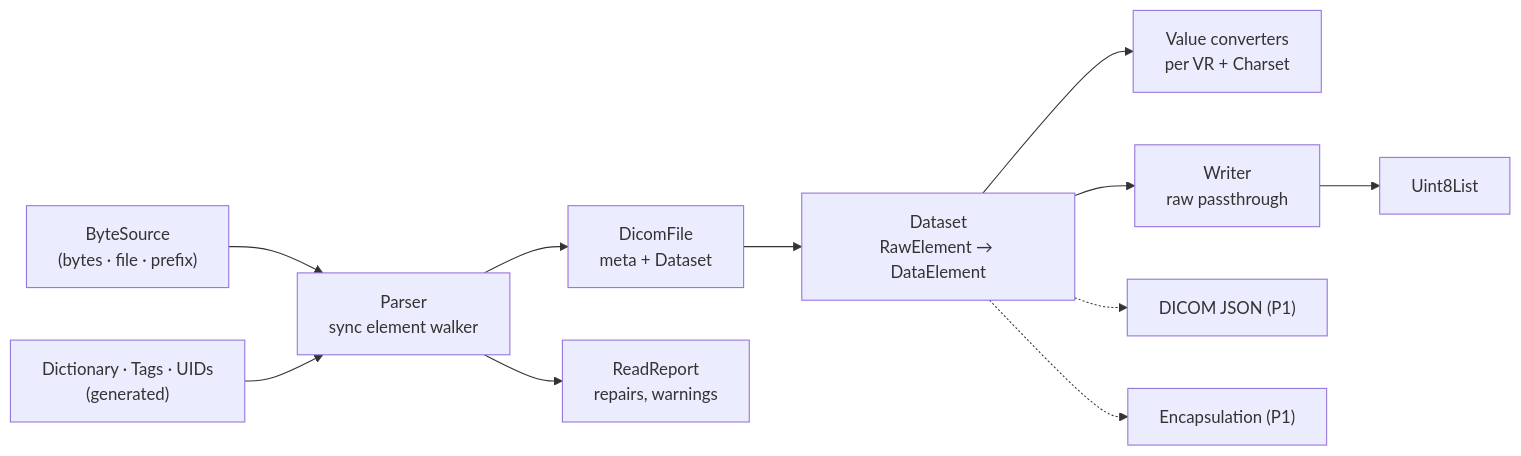
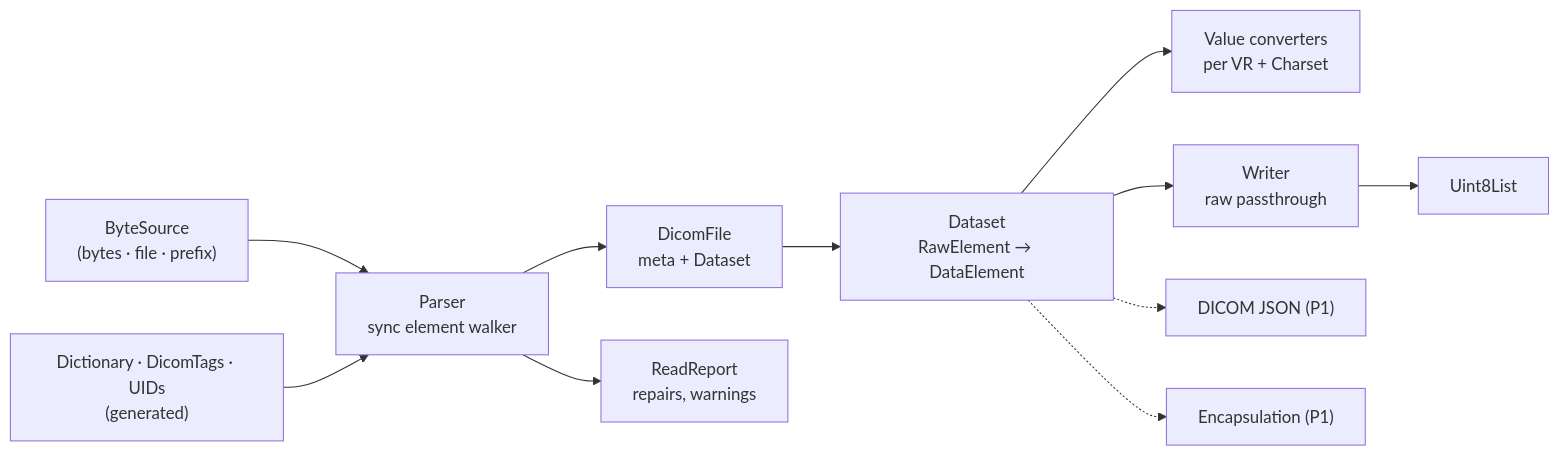
Before and after one commit to Lightbridge-KS/dartdicom: the third of 10 diagrams in docs/design/01-system-architecture.md, drawn with Mermaid. The commit also changed other lines of this file and 108 other files, not shown here.

First line of the commit message:
feat: generate the DICOM 2026d dictionary and add the fixtures package (M0)

````diff
--- a/docs/design/01-system-architecture.md
+++ b/docs/design/01-system-architecture.md
@@ -133,13 +133,13 @@
 ```mermaid
 flowchart LR
     src["ByteSource<br/>(bytes · file · prefix)"] --> parser["Parser<br/>sync element walker"]
-    dict["Dictionary · Tags · UIDs<br/>(generated)"] --> parser
+    dict["Dictionary · DicomTags · UIDs<br/>(generated)"] --> parser
     parser --> file["DicomFile<br/>meta + Dataset"]
     file --> ds["Dataset<br/>RawElement → DataElement"]
     ds --> conv["Value converters<br/>per VR + Charset"]
     ds --> writer["Writer<br/>raw passthrough"]
     writer --> out["Uint8List"]
     parser --> report["ReadReport<br/>repairs, warnings"]
     ds -.-> json["DICOM JSON (P1)"]
     ds -.-> encaps["Encapsulation (P1)"]
 ```
````
